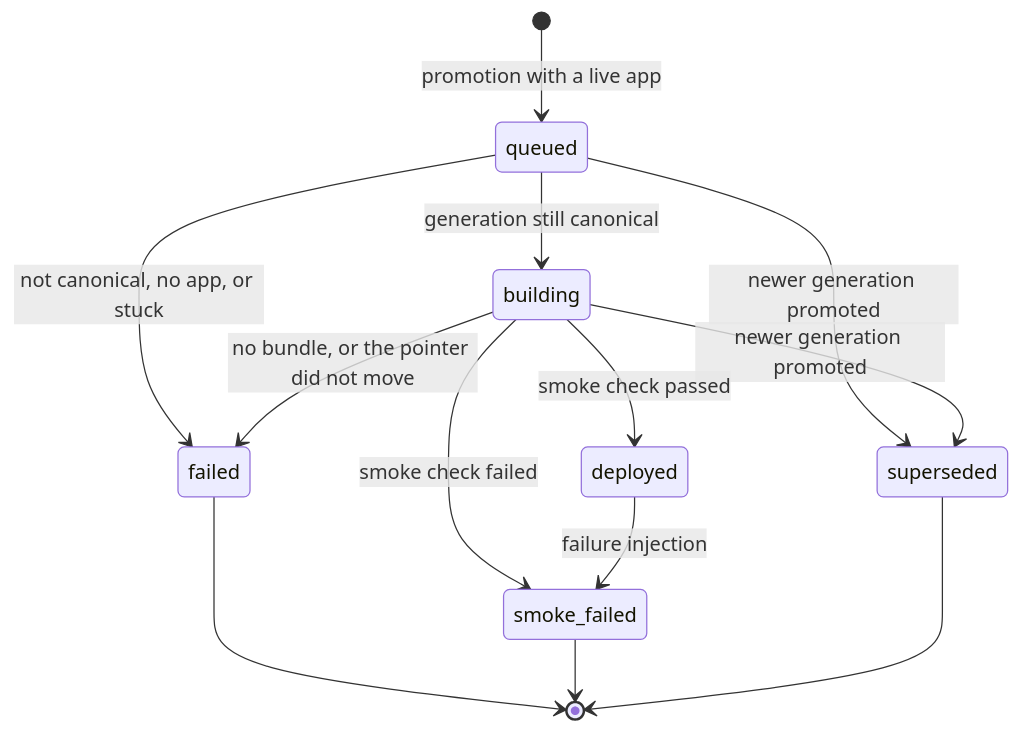
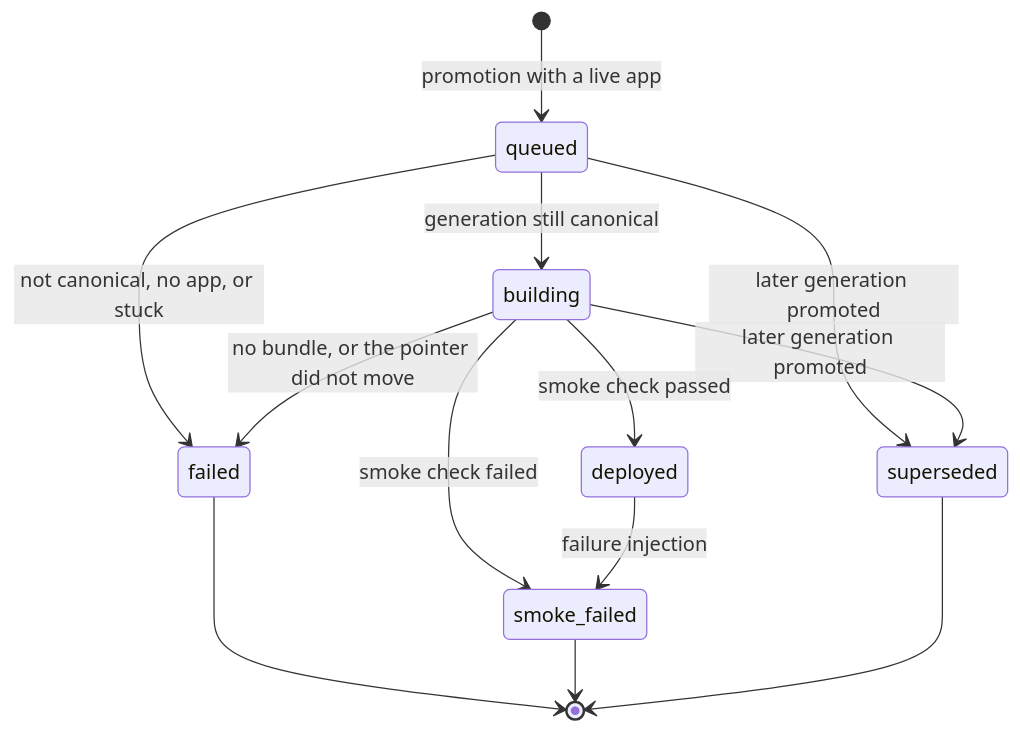
Before and after one commit to nsudhanva/rhumbatron: the seventh of 7 diagrams in docs/architecture/change-lifecycle.md, drawn with Mermaid. The commit also changed other lines of this file and 55 other files, not shown here.

````diff
--- a/docs/architecture/change-lifecycle.md
+++ b/docs/architecture/change-lifecycle.md
@@ -350,15 +418,15 @@
 ```mermaid
 stateDiagram-v2
   [*] --> queued: promotion with a live app
   queued --> building: generation still canonical
-  queued --> superseded: newer generation promoted
+  queued --> superseded: later generation promoted
   queued --> failed: not canonical, no app, or stuck
-  building --> superseded: newer generation promoted
+  building --> superseded: later generation promoted
   building --> failed: no bundle, or the pointer did not move
   building --> deployed: smoke check passed
   building --> smoke_failed: smoke check failed
   deployed --> smoke_failed: failure injection
   failed --> [*]
   smoke_failed --> [*]
   superseded --> [*]
 ```
````
